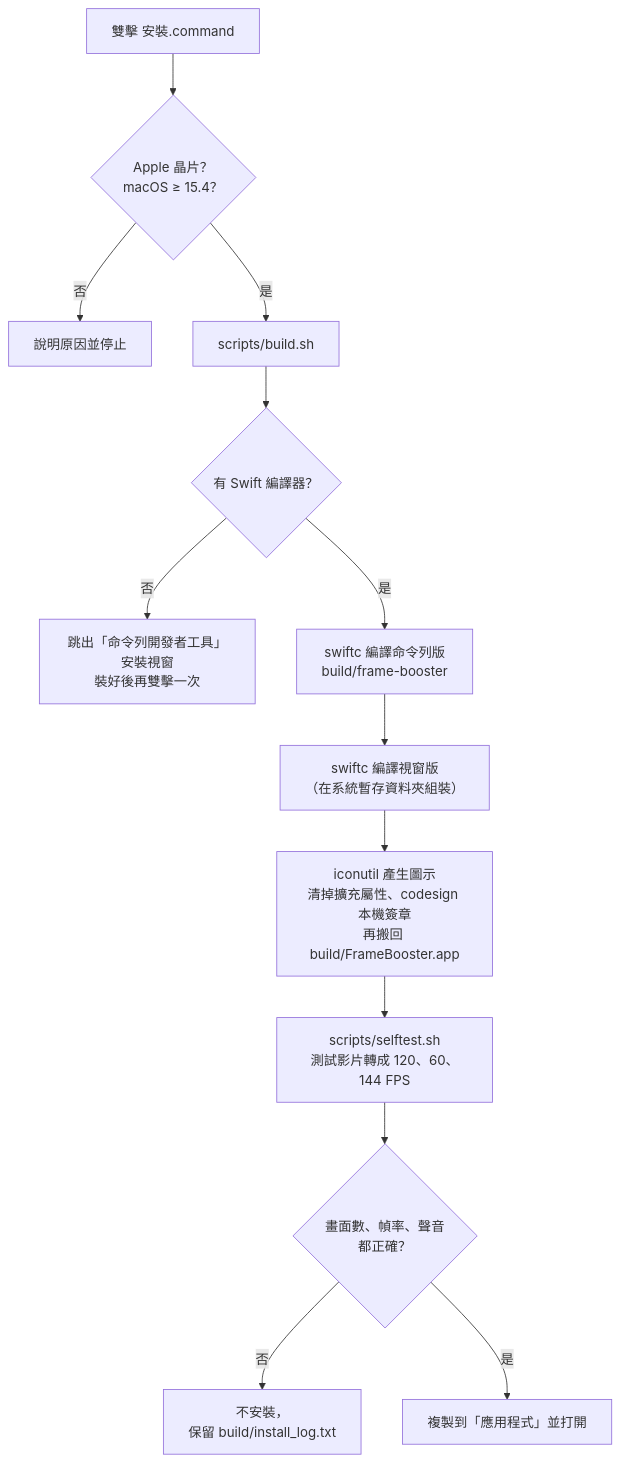
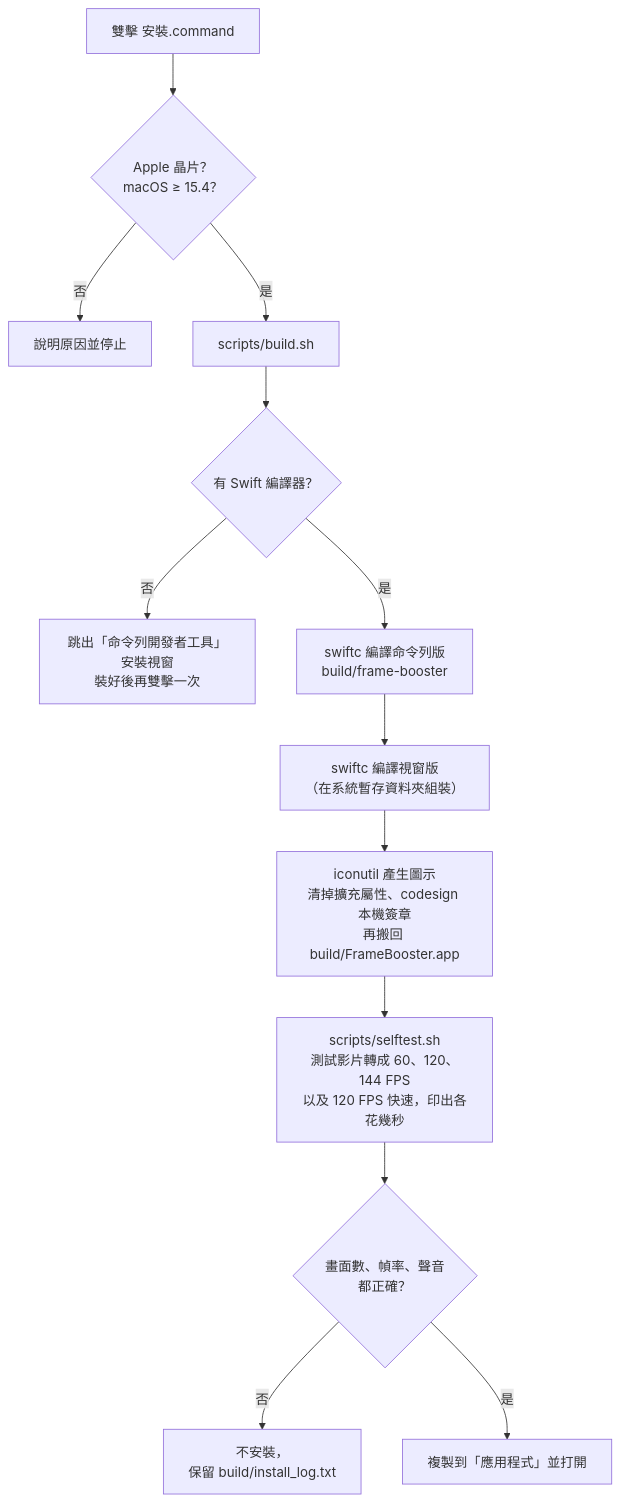
Before and after one commit to WebberningMoney/frame-booster: the sixth of 6 diagrams in docs/ARCHITECTURE.md, drawn with Mermaid. The commit also changed other lines of this file and 26 other files, not shown here.

First line of the commit message:
新增輸出位置、進階設定（補幀方式／輸出畫質）、預估剩餘時間；換新圖示

````diff
--- a/docs/ARCHITECTURE.md
+++ b/docs/ARCHITECTURE.md
@@ -297,15 +310,15 @@
 ```mermaid
 flowchart TD
     A["雙擊 安裝.command"] --> B{"Apple 晶片？<br/>macOS ≥ 15.4？"}
     B -- "否" --> X1["說明原因並停止"]
     B -- "是" --> C["scripts/build.sh"]
     C --> C1{"有 Swift 編譯器？"}
     C1 -- "否" --> X2["跳出「命令列開發者工具」安裝視窗<br/>裝好後再雙擊一次"]
     C1 -- "是" --> C2["swiftc 編譯命令列版<br/>build/frame-booster"]
     C2 --> C3["swiftc 編譯視窗版<br/>（在系統暫存資料夾組裝）"]
     C3 --> C4["iconutil 產生圖示<br/>清掉擴充屬性、codesign 本機簽章<br/>再搬回 build/FrameBooster.app"]
-    C4 --> D["scripts/selftest.sh<br/>測試影片轉成 120、60、144 FPS"]
+    C4 --> D["scripts/selftest.sh<br/>測試影片轉成 60、120、144 FPS<br/>以及 120 FPS 快速，印出各花幾秒"]
     D --> D1{"畫面數、幀率、聲音<br/>都正確？"}
     D1 -- "否" --> X3["不安裝，<br/>保留 build/install_log.txt"]
     D1 -- "是" --> E["複製到「應用程式」並打開"]
 ```
````
